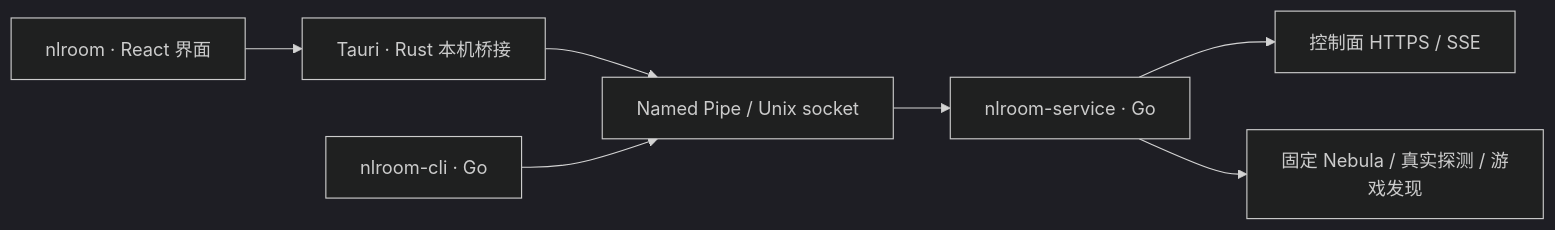
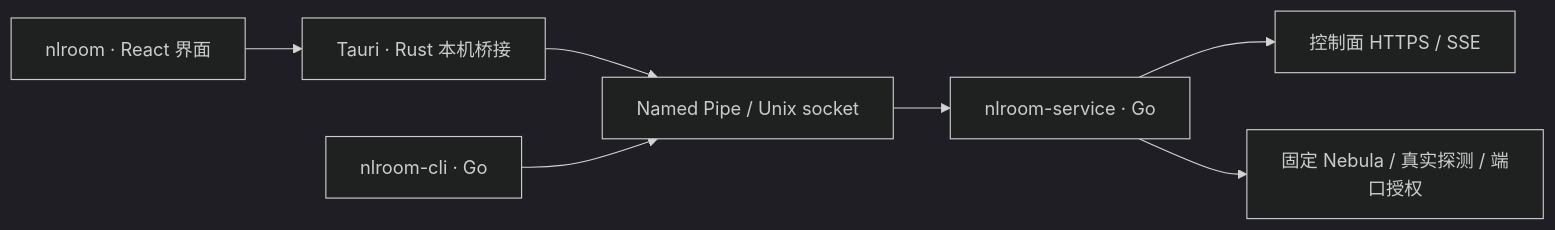
The diagram in docs/client.md (Wy2926/nodelane-room), drawn with Mermaid (dark theme) before and after one commit. The commit also changed other lines of this file and 47 other files, not shown here.

````diff
--- a/docs/client.md
+++ b/docs/client.md
@@ -45,9 +38,9 @@
 ```mermaid
 flowchart LR
     UI["nlroom · React 界面"] --> Bridge["Tauri · Rust 本机桥接"]
     Bridge --> IPC["Named Pipe / Unix socket"]
     CLI["nlroom-cli · Go"] --> IPC
     IPC --> Service["nlroom-service · Go"]
     Service --> Control["控制面 HTTPS / SSE"]
-    Service --> Engine["固定 Nebula / 真实探测 / 游戏发现"]
+    Service --> Engine["固定 Nebula / 真实探测 / 端口授权"]
 ```
````
